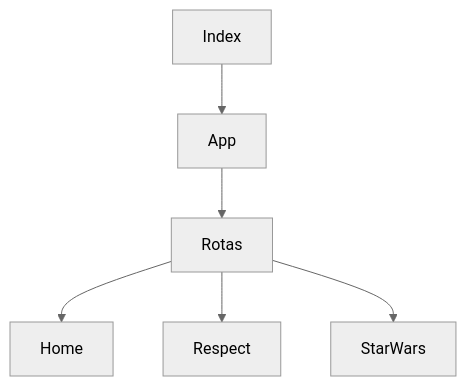
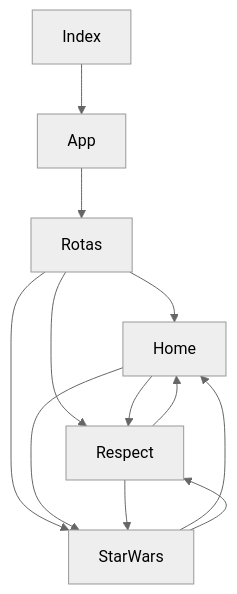
One commit to MQ-J/ReactMobile changed the diagram in README.md. Above: the diagram before and after it, drawn with Mermaid (neutral theme).

Commit message:
att flow chart to README

````diff
--- a/README.md
+++ b/README.md
@@ -15,8 +15,14 @@
 ```mermaid
 graph TD;
     Index-->App;
     App-->Rotas;
     Rotas-->Home;
     Rotas-->Respect;
     Rotas-->StarWars;
+    Home-->Respect;
+    Home-->StarWars;
+    Respect-->Home;
+    Respect-->StarWars;
+    StarWars-->Home;
+    StarWars-->Respect;
 ```
````
